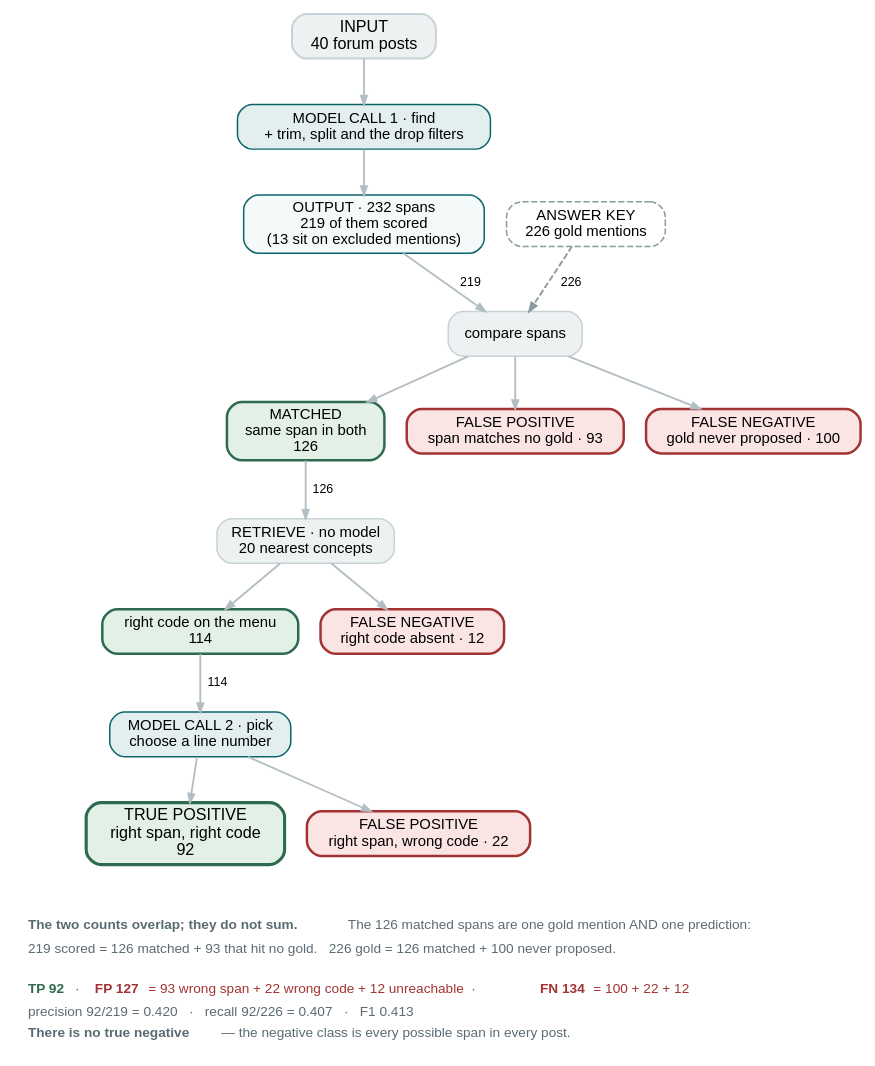
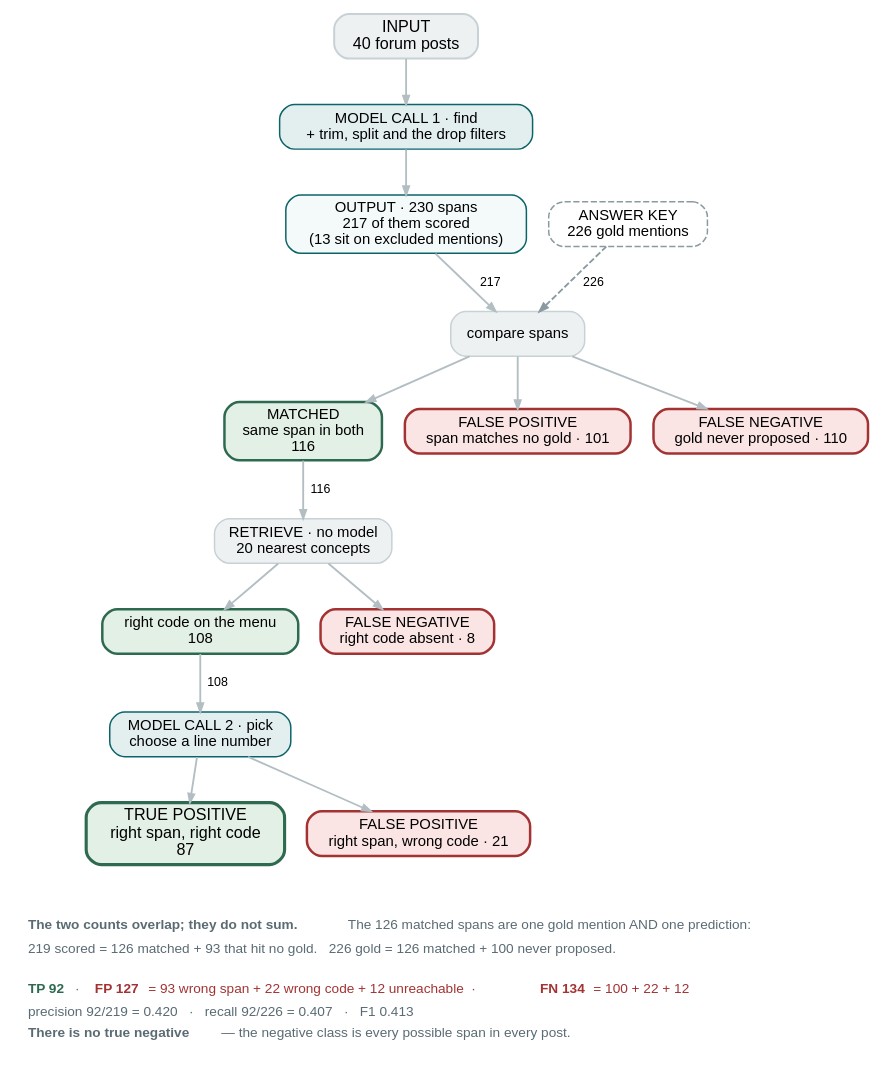
The diagram in docs/figures/fig9-funnel.dot (wbagais/reliability-ladder), drawn with Graphviz before and after one commit. The commit also changed 2 other files, not shown here.

Commit message:
Article: every CADEC development-side number from the base run (rerun-cadec-d0/d1/d2); the judge re-measured with the menu; rung 3 by lane; contained decided on yield; fig 4 refreshed

```diff
--- a/docs/figures/fig9-funnel.dot
+++ b/docs/figures/fig9-funnel.dot
@@ -1,69 +1,70 @@
-// Where rung 0's answers go, CADEC dev, draw 0.
+// Where rung 0's answers go, CADEC dev, rerun-cadec-d0 (2026-09-03; draw 1 identical).
 //
 // THE INPUT IS 40 POSTS. Everything else is either something the system
 // produced or something the answer key says. Gold is NOT an input — it is the
 // key the output is compared against afterwards, drawn dashed for that reason.
 //
 // THREE OUTCOMES, NOT FOUR. A true negative would be a span correctly not
 // extracted, and the negative class is every possible span in every post —
 // unbounded, so uncountable. Hence precision/recall/F1, none of which use TN.
 // FiNER is the exception: its candidates are the numeric tokens, which ARE
 // enumerable, so "correctly tagged nothing" is measurable there.
 //
-// 232 records are emitted; 13 sit on mentions excluded from scoring and are
-// neither credited nor blamed; 219 are scored. Counts are score_run's.
+// 230 records are emitted; 13 sit on mentions excluded from scoring and are
+// neither credited nor blamed; 217 are scored. Counts are score_run's and
+// ladder/analysis.error_budget's (out/rerun/cadec.json).
 //
 // COLOUR KEY — the article's, unchanged:
 //   teal  #0c6469  a model runs here     green #2d6a4f  correct
 //   red   #a33333  wrong or lost         grey  #5a6b73  a stage, no verdict
 digraph funnel {
   rankdir=TB; bgcolor="white";
   node [shape=box style="filled,rounded" fontname="Helvetica" fontsize=12
         color="#c8d1d5" penwidth=1.2];
   edge [color="#b3bec3" penwidth=1.5 arrowsize=0.7 fontname="Helvetica" fontsize=10];
 
   input [label="INPUT\n40 forum posts" fillcolor="#eef1f2" fontsize=13 penwidth=1.6];
   find  [label="MODEL CALL 1 · find\n+ trim, split and the drop filters" fillcolor="#e3eeef" color="#0c6469"];
-  out1  [label="OUTPUT · 232 spans\n219 of them scored\n(13 sit on excluded mentions)" fillcolor="#f4fafa" color="#0c6469"];
+  out1  [label="OUTPUT · 230 spans\n217 of them scored\n(13 sit on excluded mentions)" fillcolor="#f4fafa" color="#0c6469"];
 
   key   [label="ANSWER KEY\n226 gold mentions" fillcolor="#ffffff" color="#8a9aa1"
          style="dashed,rounded" fontsize=12];
   cmp   [label="compare spans" fillcolor="#eef1f2" shape=box];
 
-  found [label="MATCHED\nsame span in both\n126" fillcolor="#e3f0e6" color="#2d6a4f" penwidth=2];
-  fp1   [label="FALSE POSITIVE\nspan matches no gold · 93" fillcolor="#fbe4e4" color="#a33333" penwidth=2];
-  fn1   [label="FALSE NEGATIVE\ngold never proposed · 100" fillcolor="#fbe4e4" color="#a33333" penwidth=2];
+  found [label="MATCHED\nsame span in both\n116" fillcolor="#e3f0e6" color="#2d6a4f" penwidth=2];
+  fp1   [label="FALSE POSITIVE\nspan matches no gold · 101" fillcolor="#fbe4e4" color="#a33333" penwidth=2];
+  fn1   [label="FALSE NEGATIVE\ngold never proposed · 110" fillcolor="#fbe4e4" color="#a33333" penwidth=2];
 
   ret    [label="RETRIEVE · no model\n20 nearest concepts" fillcolor="#eef1f2"];
-  onmenu [label="right code on the menu\n114" fillcolor="#e3f0e6" color="#2d6a4f" penwidth=2];
-  fn2    [label="FALSE NEGATIVE\nright code absent · 12" fillcolor="#fbe4e4" color="#a33333" penwidth=2];
+  onmenu [label="right code on the menu\n108" fillcolor="#e3f0e6" color="#2d6a4f" penwidth=2];
+  fn2    [label="FALSE NEGATIVE\nright code absent · 8" fillcolor="#fbe4e4" color="#a33333" penwidth=2];
 
   pick   [label="MODEL CALL 2 · pick\nchoose a line number" fillcolor="#e3eeef" color="#0c6469"];
-  tp     [label="TRUE POSITIVE\nright span, right code\n92" fillcolor="#e3f0e6" color="#2d6a4f" penwidth=2.5 fontsize=13];
-  fp2    [label="FALSE POSITIVE\nright span, wrong code · 22" fillcolor="#fbe4e4" color="#a33333" penwidth=2];
+  tp     [label="TRUE POSITIVE\nright span, right code\n87" fillcolor="#e3f0e6" color="#2d6a4f" penwidth=2.5 fontsize=13];
+  fp2    [label="FALSE POSITIVE\nright span, wrong code · 21" fillcolor="#fbe4e4" color="#a33333" penwidth=2];
 
   input -> find -> out1;
-  out1 -> cmp [label="  219"];
+  out1 -> cmp [label="  217"];
   key  -> cmp [label="  226  " style=dashed color="#8a9aa1"];
   cmp -> found; cmp -> fp1; cmp -> fn1;
-  found -> ret [label="  126"];
+  found -> ret [label="  116"];
   ret -> onmenu; ret -> fn2;
-  onmenu -> pick [label="  114"];
+  onmenu -> pick [label="  108"];
   pick -> tp; pick -> fp2;
 
   { rank=same; out1; key }
   { rank=same; fn1; found; fp1 }
   { rank=same; onmenu; fn2 }
   { rank=same; tp; fp2 }
 
   note [shape=plaintext style="" fillcolor="white"
         label=<<TABLE BORDER="0" CELLBORDER="0" CELLSPACING="0" CELLPADDING="3">
         <TR><TD ALIGN="LEFT"><FONT POINT-SIZE="11" COLOR="#5a6b73"><B>The two counts overlap; they do not sum.</B> The 126 matched spans are one gold mention AND one prediction:</FONT></TD></TR>
         <TR><TD ALIGN="LEFT"><FONT POINT-SIZE="11" COLOR="#5a6b73">219 scored = 126 matched + 93 that hit no gold. &#160; 226 gold = 126 matched + 100 never proposed.</FONT></TD></TR>
         <TR><TD ALIGN="LEFT"><FONT POINT-SIZE="8"> </FONT></TD></TR>
         <TR><TD ALIGN="LEFT"><FONT POINT-SIZE="11" COLOR="#2d6a4f"><B>TP 92</B></FONT><FONT POINT-SIZE="11" COLOR="#5a6b73">  ·  </FONT><FONT POINT-SIZE="11" COLOR="#a33333"><B>FP 127</B> = 93 wrong span + 22 wrong code + 12 unreachable  ·  <B>FN 134</B> = 100 + 22 + 12</FONT></TD></TR>
         <TR><TD ALIGN="LEFT"><FONT POINT-SIZE="11" COLOR="#5a6b73">precision 92/219 = 0.420   ·   recall 92/226 = 0.407   ·   F1 0.413</FONT></TD></TR>
         <TR><TD ALIGN="LEFT"><FONT POINT-SIZE="11" COLOR="#5a6b73"><B>There is no true negative</B> — the negative class is every possible span in every post.</FONT></TD></TR>
         </TABLE>>];
   fp2 -> note [style=invis];
 }
```
